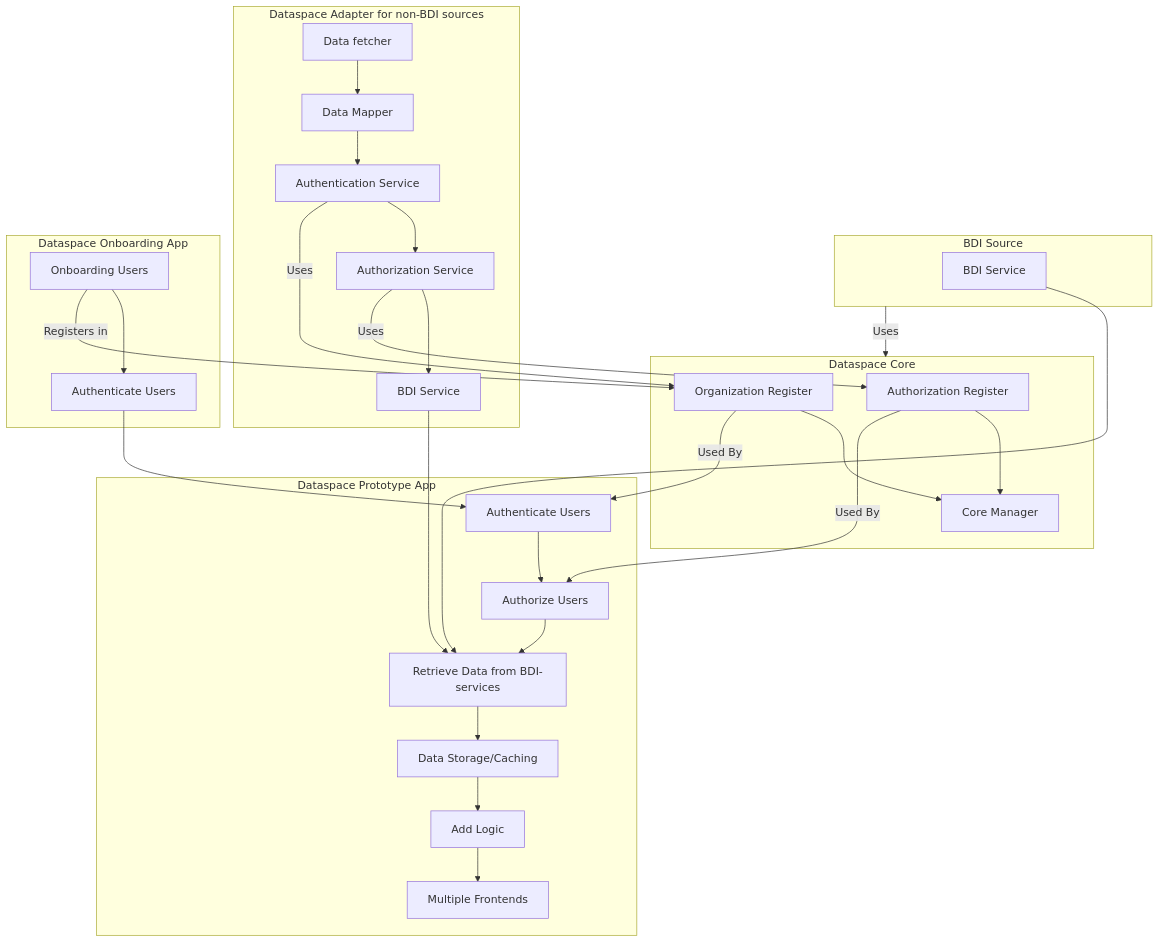
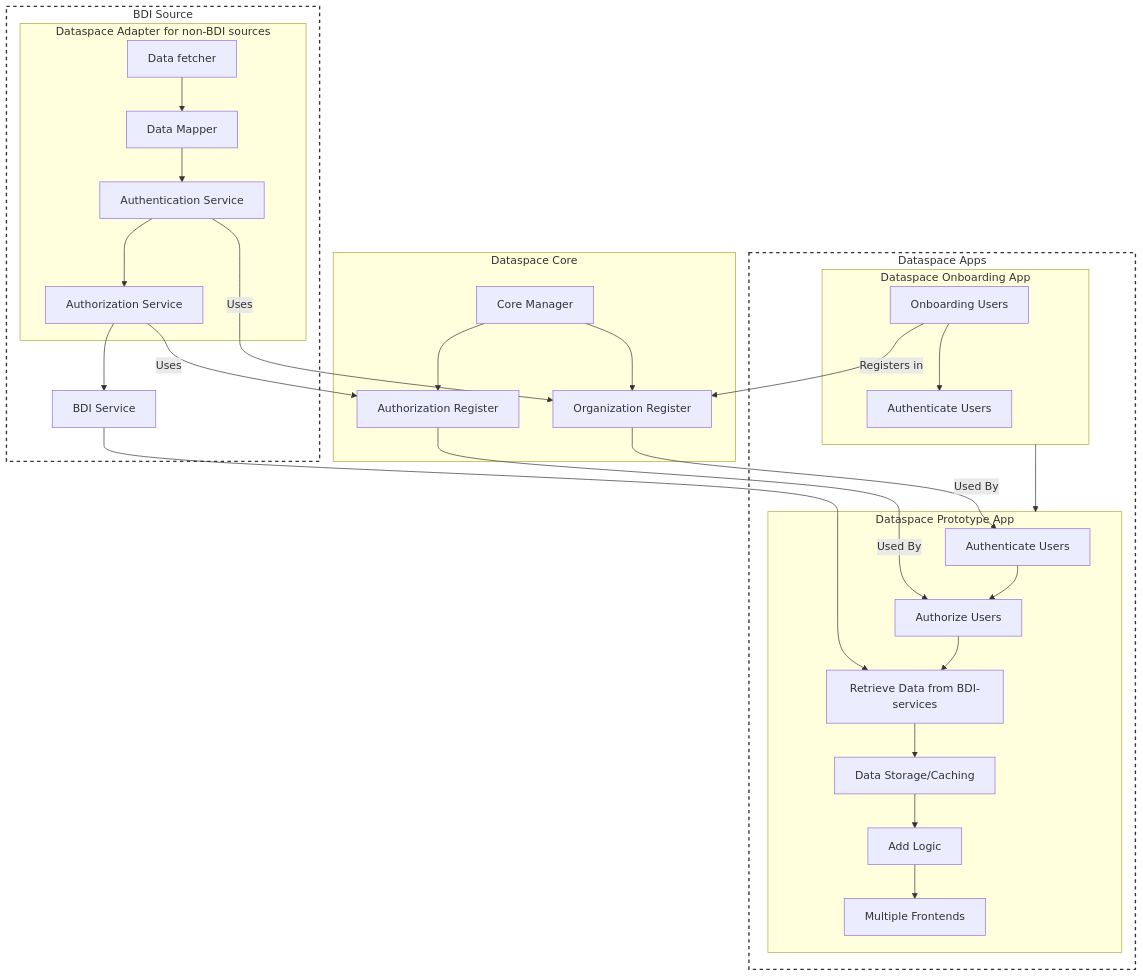
One commit to POORT8/Poort8.Dataspace.NoodleBar changed the diagram in Poort8.Dataspace.Wiki/architecture.md. Above: the diagram before and after it, drawn with Mermaid.

Commit message:
changed diagram layout

````diff
--- a/Poort8.Dataspace.Wiki/architecture.md
+++ b/Poort8.Dataspace.Wiki/architecture.md
@@ -2,72 +2,76 @@
 ```mermaid
-graph TB
+graph TD
 
 %% Dataspace Core
+
 subgraph Core[Dataspace Core]
+    CoreManager[Core Manager]
     organizationRegister[Organization Register]
     AuthRegister[Authorization Register]
-    CoreManager[Core Manager]
-end
-
-%% BDI Source
-subgraph BDIServiceExt[BDI Source]
-    BDIServiceEndpoint[BDI Service]
 end
 
 
-%% Dataspace Adapter
-subgraph Dataspace Adapter for non-BDI sources
-    DataFetcher[Data fetcher]
-    DataMapper[Data Mapper]
-    AuthService[Authentication Service]
-    AuthzService[Authorization Service]
-    BDIService[BDI Service]
+%% BDI Source
+style BDIServiceExt fill:transparent,stroke:#333,stroke-width:2px,stroke-dasharray: 5, 5;
+subgraph BDIServiceExt[BDI Source]
+    subgraph Dataspace_Adapter[Dataspace Adapter for non-BDI sources]
+        DataFetcher[Data fetcher]
+        DataMapper[Data Mapper]
+        AuthService[Authentication Service]
+        AuthzService[Authorization Service]
+    end
+    BDIServiceEndpoint[BDI Service]
 end
 
 
 
 %% Dataspace Apps
-subgraph Dataspace Onboarding App
-    OnboardingUsers[Onboarding Users]
-    AuthUsers2[Authenticate Users]
+style Dataspace_Apps fill:transparent,stroke:#333,stroke-width:2px,stroke-dasharray: 5, 5;
+subgraph Dataspace_Apps[Dataspace Apps]
+    subgraph Onboarding[Dataspace Onboarding App]
+        OnboardingUsers[Onboarding Users]
+        AuthUsers2[Authenticate Users]
+    end
+    subgraph Prototype[Dataspace Prototype App]
+        AuthUsers[Authenticate Users]
+        PEP[Authorize Users]
+        RESTSrc[Retrieve Data from BDI-services]
+        DataStore[Data Storage/Caching]
+        Logic[Add Logic]
+        FrontEnds[Multiple Frontends]
+    end
 end
-subgraph Dataspace Prototype App
-    AuthUsers[Authenticate Users]
-    PEP[Authorize Users]
-    RESTSrc[Retrieve Data from BDI-services]
-    DataStore[Data Storage/Caching]
-    Logic[Add Logic]
-    FrontEnds[Multiple Frontends]
-end
+
+
 
 %% Connections within Dataspace Adapter
 DataFetcher-->DataMapper
 DataMapper-->AuthService
 AuthService-->AuthzService
-AuthzService-->BDIService
 
 %% Connections within Dataspace Core
-organizationRegister-->CoreManager
-AuthRegister-->CoreManager
+CoreManager-->organizationRegister
+CoreManager-->AuthRegister
+
+%% Dependencies
+OnboardingUsers-->|Registers in|organizationRegister
+AuthzService-->|Uses|AuthRegister
+AuthRegister-->|Used By|PEP
+AuthService-->|Uses|organizationRegister
+organizationRegister-->|Used By|AuthUsers
+AuthzService-->BDIServiceEndpoint
+BDIServiceEndpoint-->RESTSrc
+
 
 %% Connections within Dataspace Apps
 OnboardingUsers-->AuthUsers2
 RESTSrc-->DataStore
 AuthUsers-->PEP
 PEP-->RESTSrc
 DataStore-->Logic
 Logic-->FrontEnds
+Onboarding-->Prototype
 
-%% Dependencies
-OnboardingUsers-->|Registers in|organizationRegister
-AuthUsers2-->AuthUsers
-AuthzService-->|Uses|AuthRegister
-AuthRegister-->|Used By|PEP
-AuthService-->|Uses|organizationRegister
-organizationRegister-->|Used By|AuthUsers
-BDIServiceEndpoint-->RESTSrc
-BDIService-->RESTSrc
-BDIServiceExt-->|Uses|Core
-%%BDIServiceExt-->|May Use|AuthRegister
+
 
 ```
````
